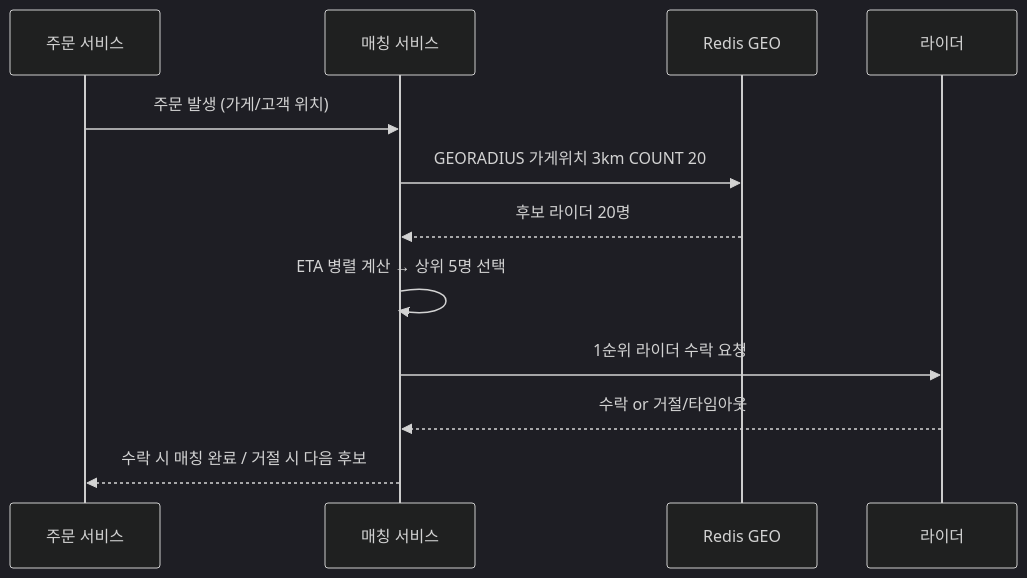
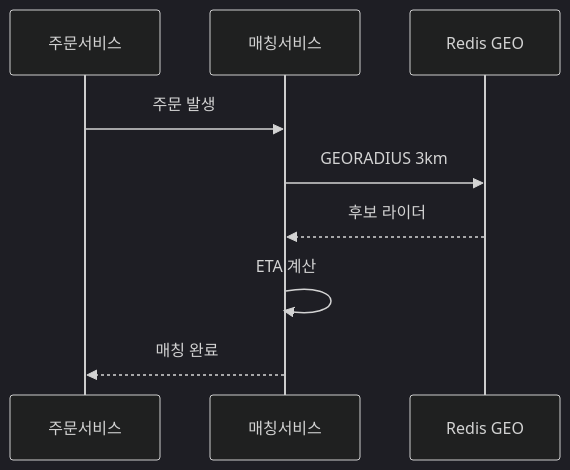
Before and after one commit to yjkim2015/yjkim2015.github.io: the sixth of 9 diagrams in _posts/systemdesign/2026-05-03-system-design-location.md, drawn with Mermaid (dark theme). The commit also changed other lines of this file and 155 other files, not shown here.

First line of the commit message:
Mermaid 전면 수정: subgraph 제거, participant/노드/줄수 축소 (342블록)

````diff
--- a/_posts/systemdesign/2026-05-03-system-design-location.md
+++ b/_posts/systemdesign/2026-05-03-system-design-location.md
@@ -518,14 +507,11 @@
 ```mermaid
 sequenceDiagram
-    participant Order as 주문 서비스
-    participant Match as 매칭 서비스
+    participant Order as 주문서비스
+    participant Match as 매칭서비스
     participant Redis as Redis GEO
-    participant Rider as 라이더
-    Order->>Match: 주문 발생 (가게/고객 위치)
-    Match->>Redis: GEORADIUS 가게위치 3km COUNT 20
-    Redis-->>Match: 후보 라이더 20명
-    Match->>Match: ETA 병렬 계산 → 상위 5명 선택
-    Match->>Rider: 1순위 라이더 수락 요청
-    Rider-->>Match: 수락 or 거절/타임아웃
-    Match-->>Order: 수락 시 매칭 완료 / 거절 시 다음 후보
+    Order->>Match: 주문 발생
+    Match->>Redis: GEORADIUS 3km
+    Redis-->>Match: 후보 라이더
+    Match->>Match: ETA 계산
+    Match-->>Order: 매칭 완료
 ```
````
